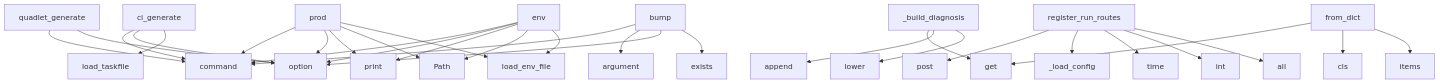
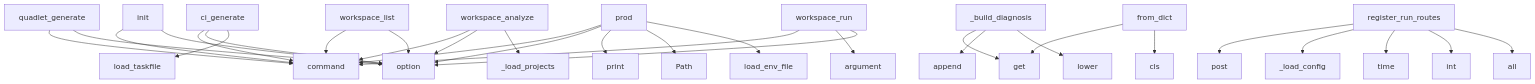
The diagram in project/context.md (pyfunc/taskfile), drawn with Mermaid before and after one commit. The commit also changed other lines of this file and 29 other files, not shown here.

````diff
--- a/project/context.md
+++ b/project/context.md
@@ -747,33 +741,33 @@
 ```mermaid
 graph TD
     prod --> command
     prod --> option
     prod --> print
     prod --> Path
     prod --> load_env_file
     ci_generate --> command
     ci_generate --> option
     ci_generate --> load_taskfile
+    workspace_analyze --> command
+    workspace_analyze --> option
+    workspace_analyze --> _load_projects
     _build_diagnosis --> get
     _build_diagnosis --> append
     _build_diagnosis --> lower
+    workspace_run --> command
+    workspace_run --> argument
+    workspace_run --> option
     quadlet_generate --> command
     quadlet_generate --> option
+    init --> command
+    init --> option
+    workspace_list --> command
+    workspace_list --> option
     register_run_routes --> post
     register_run_routes --> _load_config
     register_run_routes --> time
     register_run_routes --> int
     register_run_routes --> all
     from_dict --> get
     from_dict --> cls
-    from_dict --> items
-    env --> command
-    env --> option
-    env --> print
-    env --> Path
-    env --> load_env_file
-    bump --> command
-    bump --> argument
-    bump --> option
-    bump --> exists
 ```
````
